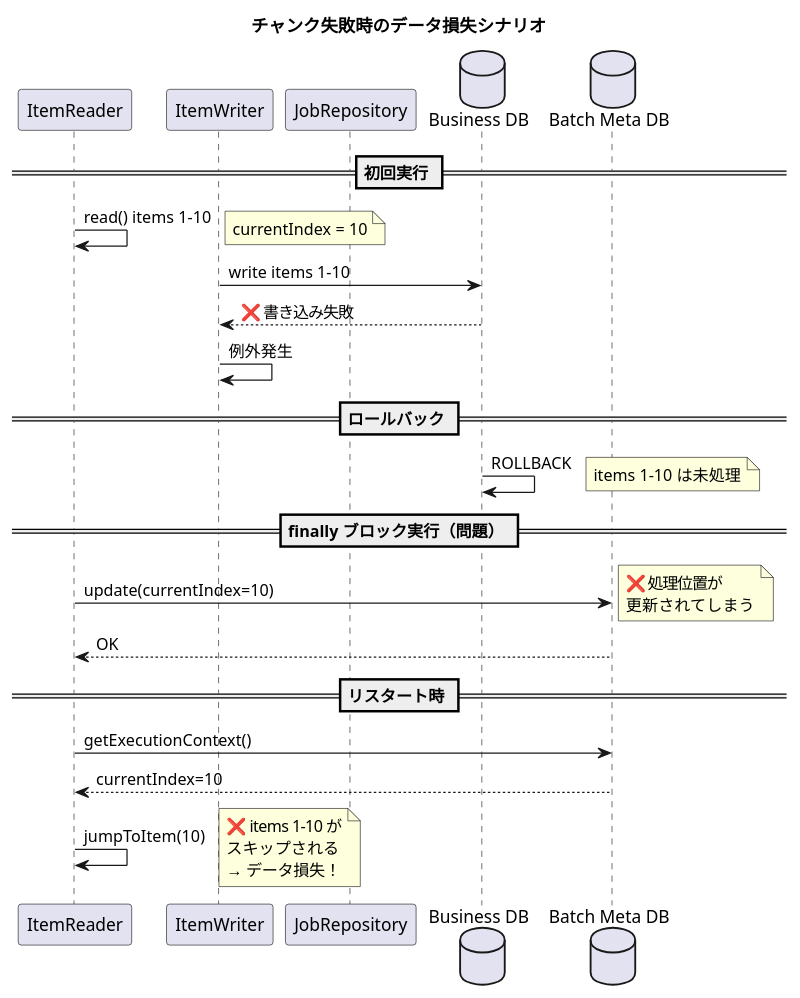
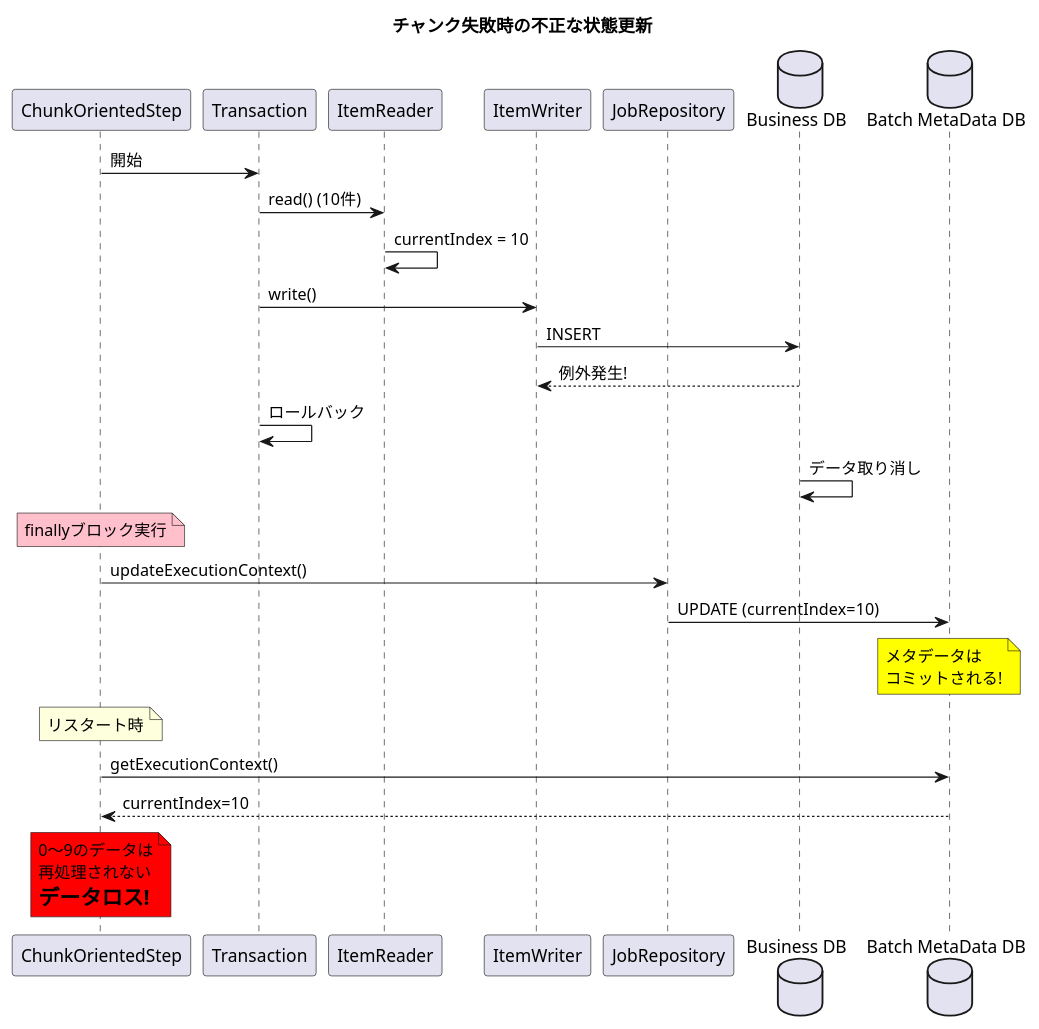
One commit to mochimoching/github_issue_translate changed the first of 2 diagrams in output/spring-batch/6.0.2/all/current/markdown/issues_summary/issue_5182.md. Above: the diagram before and after it, drawn with PlantUML. The commit also changed other lines of this file and 63 other files, not shown here.

````diff
--- a/output/spring-batch/6.0.2/all/current/markdown/issues_summary/issue_5182.md
+++ b/output/spring-batch/6.0.2/all/current/markdown/issues_summary/issue_5182.md
@@ -56,34 +13,35 @@
 ```plantuml
 @startuml
-title チャンク失敗時のデータ損失シナリオ
+title チャンク失敗時の不正な状態更新
 
+participant "ChunkOrientedStep" as Step
+participant "Transaction" as Tx
 participant "ItemReader" as Reader
 participant "ItemWriter" as Writer
 participant "JobRepository" as Repo
 database "Business DB" as BizDB
-database "Batch Meta DB" as MetaDB
+database "Batch MetaData DB" as MetaDB
 
-== 初回実行 ==
-Reader -> Reader: read() items 1-10
-note right: currentIndex = 10
-Writer -> BizDB: write items 1-10
-BizDB --> Writer: ❌ 書き込み失敗
-Writer -> Writer: 例外発生
+Step -> Tx: 開始
+Tx -> Reader: read() (10件)
+Reader -> Reader: currentIndex = 10
 
-== ロールバック ==
-BizDB -> BizDB: ROLLBACK
-note right: items 1-10 は未処理
+Tx -> Writer: write()
+Writer -> BizDB: INSERT
+BizDB --> Writer: 例外発生!
 
-== finally ブロック実行（問題） ==
-Reader -> MetaDB: update(currentIndex=10)
-note right: ❌ 処理位置が\n更新されてしまう
-MetaDB --> Reader: OK
+Tx -> Tx: ロールバック
+BizDB -> BizDB: データ取り消し
 
-== リスタート時 ==
-Reader -> MetaDB: getExecutionContext()
-MetaDB --> Reader: currentIndex=10
-Reader -> Reader: jumpToItem(10)
-note right: ❌ items 1-10 が\nスキップされる\n→ データ損失！
+note over Step #Pink: finallyブロック実行
+Step -> Repo: updateExecutionContext()
+Repo -> MetaDB: UPDATE (currentIndex=10)
+note over MetaDB #Yellow: メタデータは\nコミットされる!
+
+note over Step: リスタート時
+Step -> MetaDB: getExecutionContext()
+MetaDB --> Step: currentIndex=10
+note over Step #Red: 0〜9のデータは\n再処理されない\n= データロス!
 
 @enduml
 ```
````
